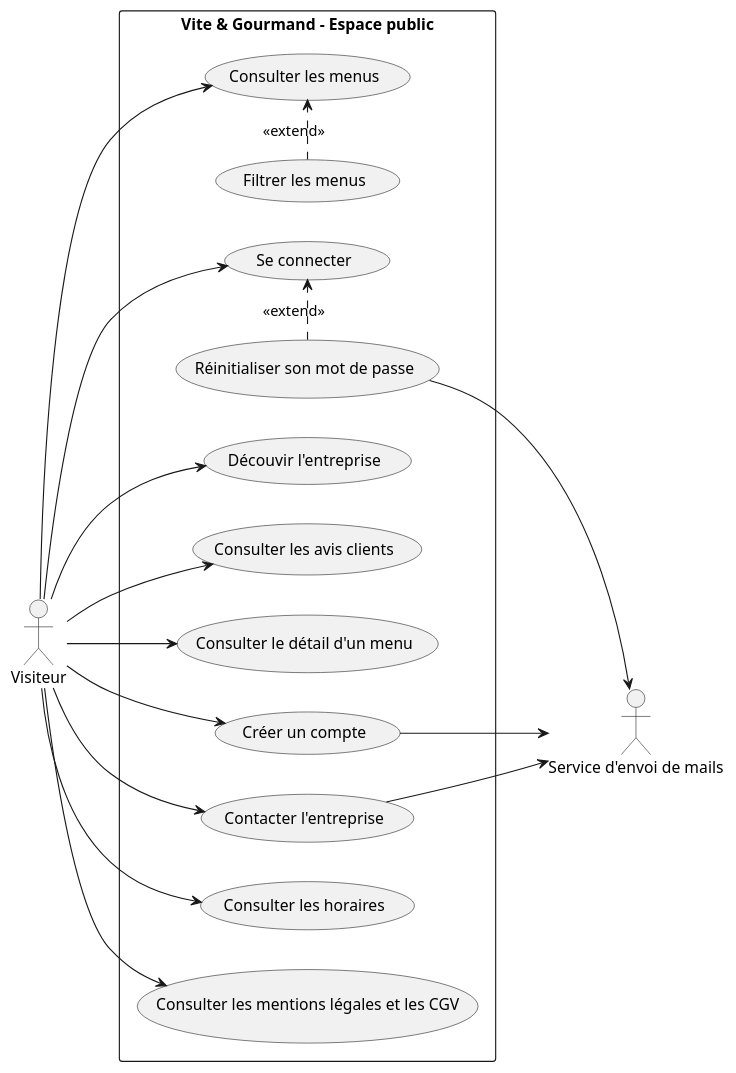
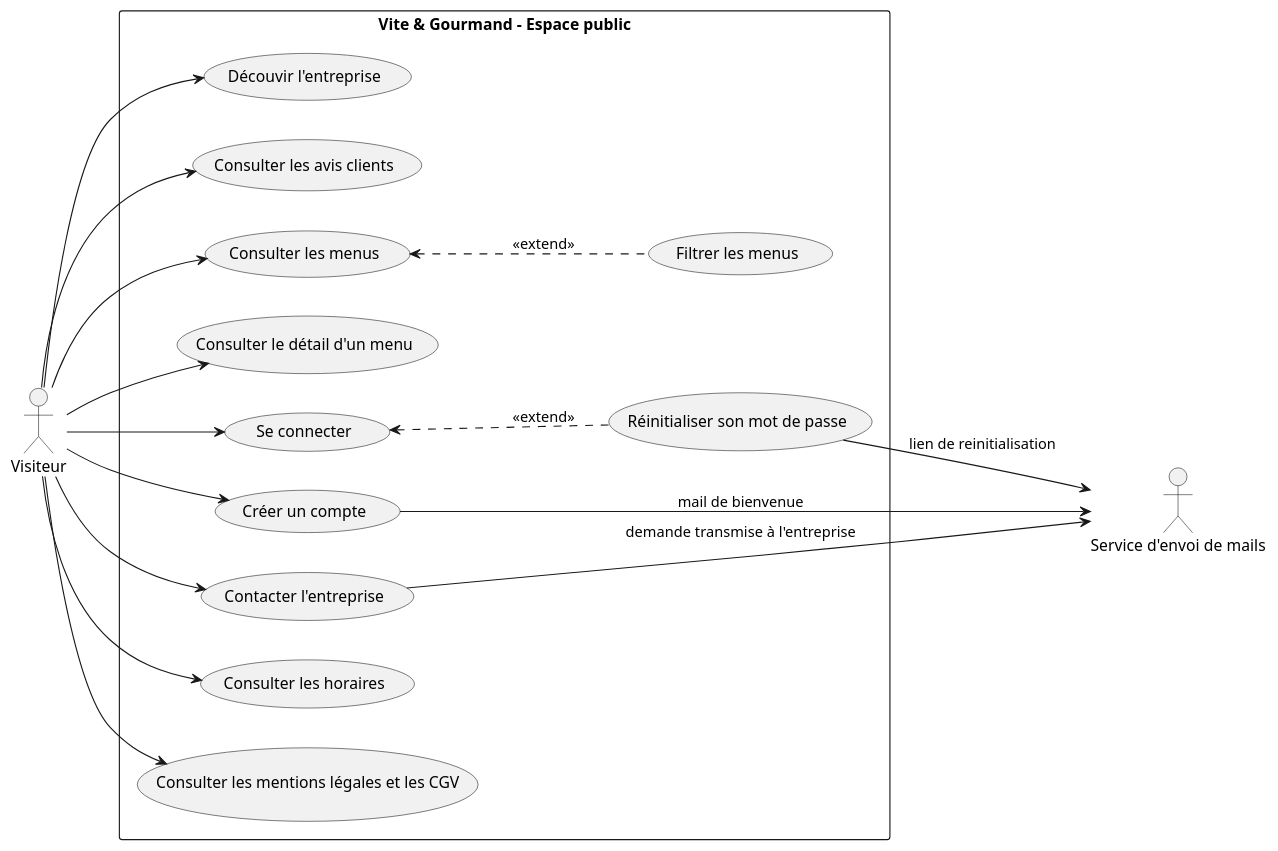
One commit to NicolasMiguelRG/vite_gourmand changed the diagram in docs/diagrammes/cas-utilisation-public.puml. Above: the diagram before and after it, drawn with PlantUML.

Commit message:
Harmonisation du diagramme de l'Espace public

```diff
--- a/docs/diagrammes/cas-utilisation-public.puml
+++ b/docs/diagrammes/cas-utilisation-public.puml
@@ -1,38 +1,38 @@
 @startuml cas-utilisation-public 
 left to right direction 
 
 actor Visiteur
 actor "Service d'envoi de mails" as Mail 
 
 rectangle "Vite & Gourmand - Espace public" {
     usecase "Découvir l'entreprise" as UC1
     usecase "Consulter les avis clients" as UC2
     usecase "Consulter les menus" as UC3
     usecase "Filtrer les menus" as UC4
     usecase "Consulter le détail d'un menu" as UC5
     usecase "Créer un compte" as UC6
     usecase "Se connecter" as UC7
     usecase "Réinitialiser son mot de passe" as UC8
     usecase "Contacter l'entreprise" as UC9
     usecase "Consulter les horaires" as UC10
     usecase "Consulter les mentions légales et les CGV" as UC11
 }
 
 Visiteur --> UC1
 Visiteur --> UC2
 Visiteur --> UC3
 Visiteur --> UC5
 Visiteur --> UC6
 Visiteur --> UC7
 Visiteur --> UC9
 Visiteur --> UC10
 Visiteur --> UC11
 
-UC4 .> UC3 : <<extend>>
-UC8 .> UC7 : <<extend>>
+UC3 <.. UC4 : <<extend>>
+UC7 <.. UC8 : <<extend>>
 
-UC6 --> Mail
-UC8 --> Mail
-UC9 --> Mail
+UC6 --> Mail : mail de bienvenue
+UC8 --> Mail : lien de reinitialisation
+UC9 --> Mail : demande transmise à l'entreprise
 
 @enduml
```
